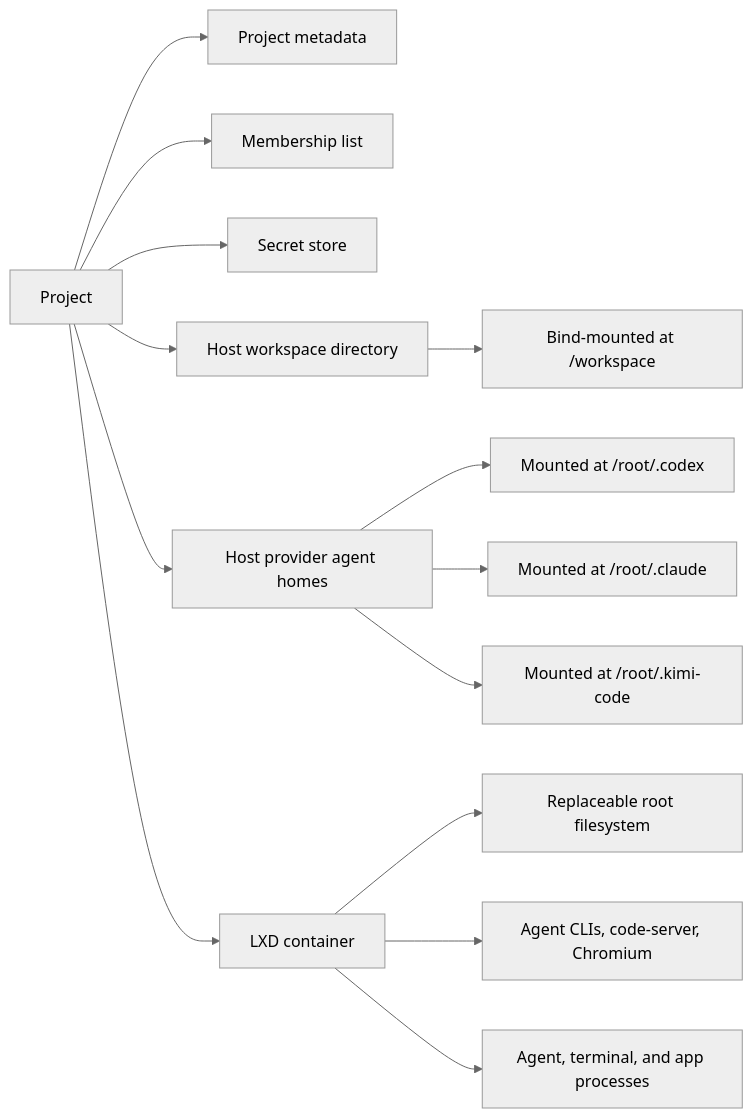
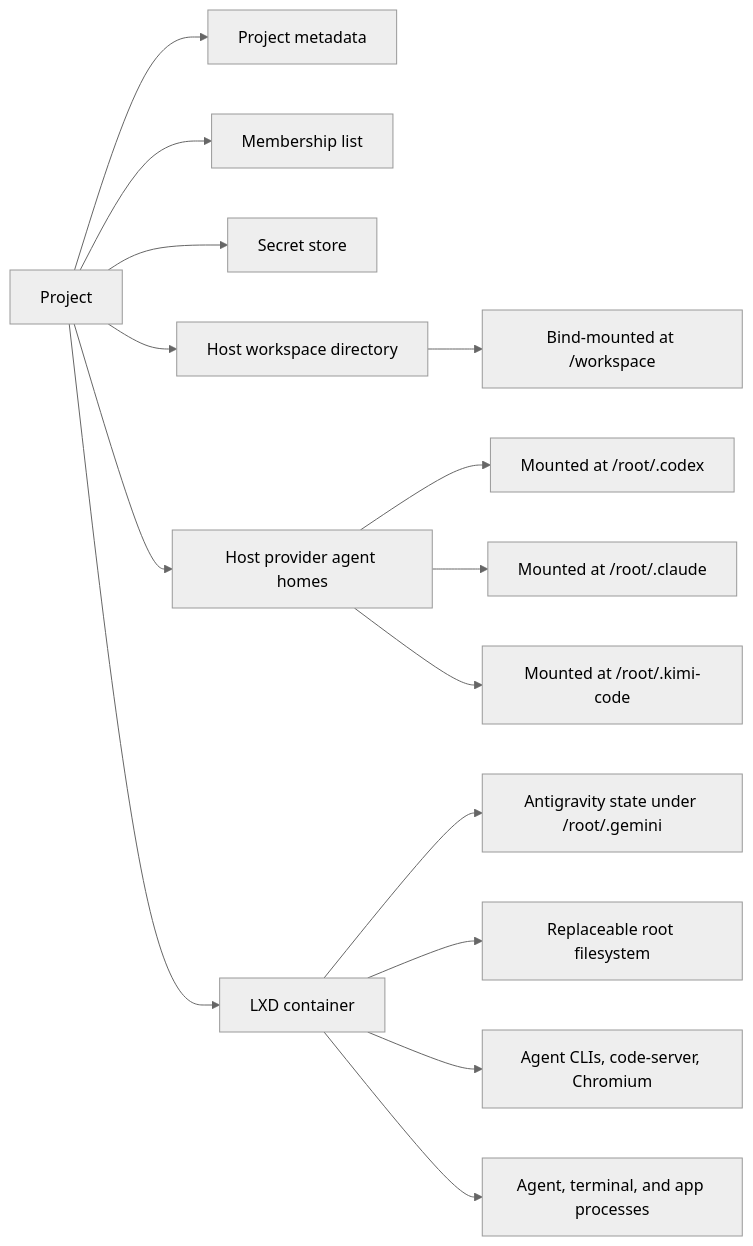
The second of 5 diagrams in docs/02-workspaces/03-projects-and-containers.md (AbdallahMohamedDotnet/remote.futrx), drawn with Mermaid (neutral theme) before and after one commit. The commit also changed other lines of this file and 25 other files, not shown here.

````diff
--- a/docs/02-workspaces/03-projects-and-containers.md
+++ b/docs/02-workspaces/03-projects-and-containers.md
@@ -32,17 +34,18 @@
 ```mermaid
 flowchart LR
     Project["Project"] --> Meta["Project metadata"]
     Project --> Access["Membership list"]
     Project --> Secrets["Secret store"]
     Project --> Workspace["Host workspace directory"]
     Project --> Homes["Host provider agent homes"]
     Project --> Container["LXD container"]
 
     Workspace --> Mount["Bind-mounted at /workspace"]
     Homes --> Codex["Mounted at /root/.codex"]
     Homes --> Claude["Mounted at /root/.claude"]
     Homes --> Kimi["Mounted at /root/.kimi-code"]
+    Container --> Antigravity["Antigravity state under /root/.gemini"]
     Container --> RootFS["Replaceable root filesystem"]
     Container --> Tools["Agent CLIs, code-server, Chromium"]
     Container --> Processes["Agent, terminal, and app processes"]
 ```
````
